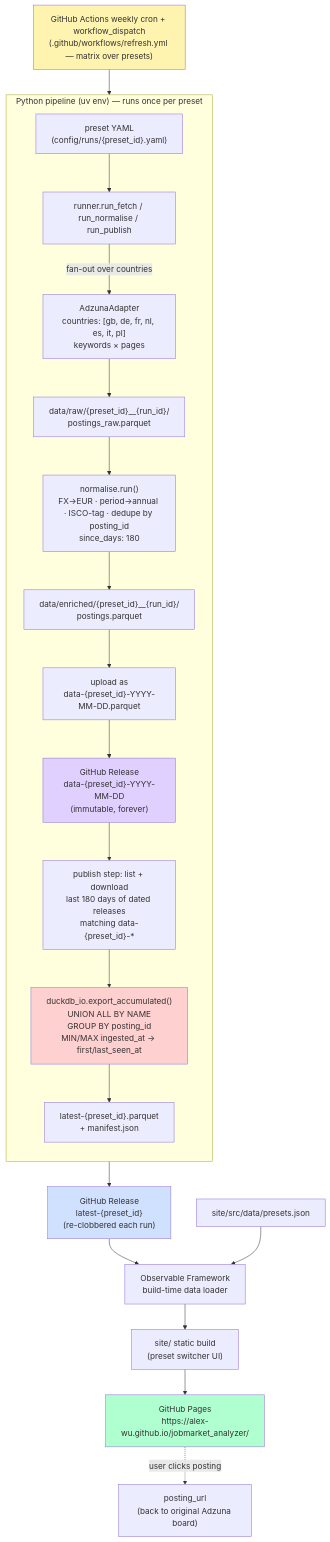
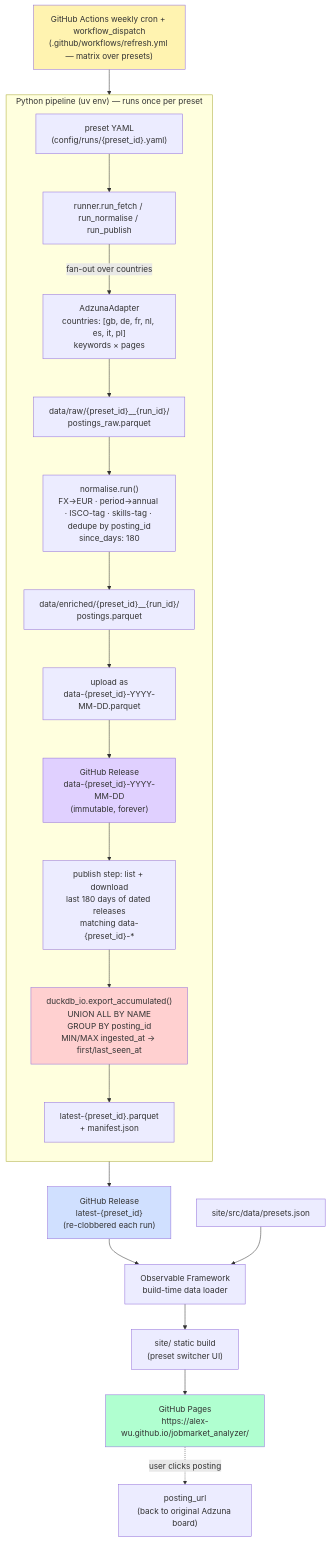
The diagram in docs/architecture.md (alex-wu/jobmarket_analyzer), drawn with Mermaid before and after one commit. The commit also changed other lines of this file and 11 other files, not shown here.

````diff
--- a/docs/architecture.md
+++ b/docs/architecture.md
@@ -7,31 +7,31 @@
 ```mermaid
 flowchart TD
     cron["GitHub Actions weekly cron + workflow_dispatch<br/>(.github/workflows/refresh.yml — matrix over presets)"] --> runner
 
     subgraph pipeline["Python pipeline (uv env) — runs once per preset"]
         direction TB
         preset["preset YAML<br/>(config/runs/{preset_id}.yaml)"] --> runner["runner.run_fetch / run_normalise / run_publish"]
         runner -->|fan-out over countries| adzuna["AdzunaAdapter<br/>countries: [gb, de, fr, nl, es, it, pl]<br/>keywords × pages"]
         adzuna --> raw["data/raw/{preset_id}__{run_id}/<br/>postings_raw.parquet"]
-        raw --> normalise["normalise.run()<br/>FX→EUR · period→annual · ISCO-tag · dedupe by posting_id<br/>since_days: 180"]
+        raw --> normalise["normalise.run()<br/>FX→EUR · period→annual · ISCO-tag · skills-tag · dedupe by posting_id<br/>since_days: 180"]
         normalise --> enriched["data/enriched/{preset_id}__{run_id}/<br/>postings.parquet"]
         enriched --> archive_upload["upload as<br/>data-{preset_id}-YYYY-MM-DD.parquet"]
         archive_upload --> dated_release["GitHub Release<br/>data-{preset_id}-YYYY-MM-DD<br/>(immutable, forever)"]
         dated_release --> accum_download["publish step: list + download<br/>last 180 days of dated releases<br/>matching data-{preset_id}-*"]
         accum_download --> accumulate["duckdb_io.export_accumulated()<br/>UNION ALL BY NAME<br/>GROUP BY posting_id<br/>MIN/MAX ingested_at → first/last_seen_at"]
         accumulate --> latest_artifact["latest-{preset_id}.parquet<br/>+ manifest.json"]
     end
 
     latest_artifact --> latest_release["GitHub Release<br/>latest-{preset_id}<br/>(re-clobbered each run)"]
     latest_release --> loader["Observable Framework<br/>build-time data loader"]
     presets_manifest["site/src/data/presets.json"] --> loader
     loader --> site["site/ static build<br/>(preset switcher UI)"]
     site --> pages["GitHub Pages<br/>https://alex-wu.github.io/jobmarket_analyzer/"]
     pages -.->|user clicks posting| source_url["posting_url<br/>(back to original Adzuna board)"]
 
     style cron fill:#fff3b0
     style pages fill:#b0ffd0
     style latest_release fill:#d0e0ff
     style dated_release fill:#e0d0ff
     style accumulate fill:#ffd0d0
 ```
````
